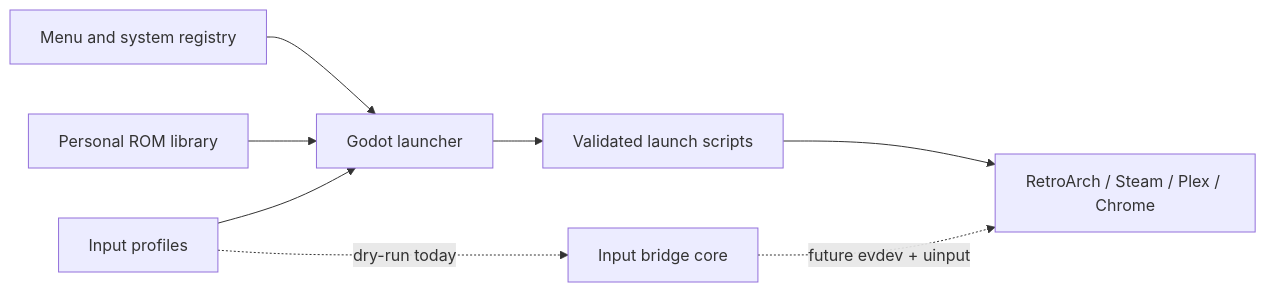
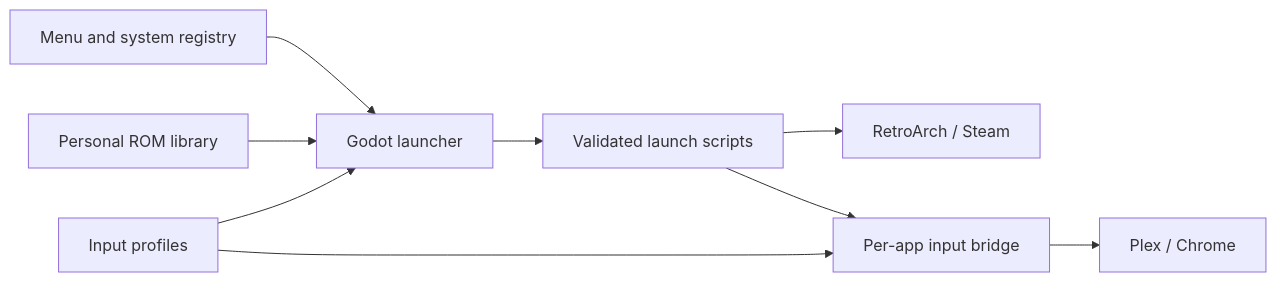
Before and after one commit to ppeck1/hearth-media-center: the diagram in README.md, drawn with Mermaid. The commit also changed other lines of this file and 22 other files, not shown here.

````diff
--- a/README.md
+++ b/README.md
@@ -79,10 +83,11 @@
 ```mermaid
 flowchart LR
     Menu["Menu and system registry"] --> Launcher["Godot launcher"]
     Library["Personal ROM library"] --> Launcher
     Profiles["Input profiles"] --> Launcher
     Launcher --> Scripts["Validated launch scripts"]
-    Scripts --> Apps["RetroArch / Steam / Plex / Chrome"]
-    Profiles -. "dry-run today" .-> Bridge["Input bridge core"]
-    Bridge -. "future evdev + uinput" .-> Apps
+    Scripts --> Native["RetroArch / Steam"]
+    Scripts --> Bridge["Per-app input bridge"]
+    Profiles --> Bridge
+    Bridge --> Stream["Plex / Chrome"]
 ```
````
